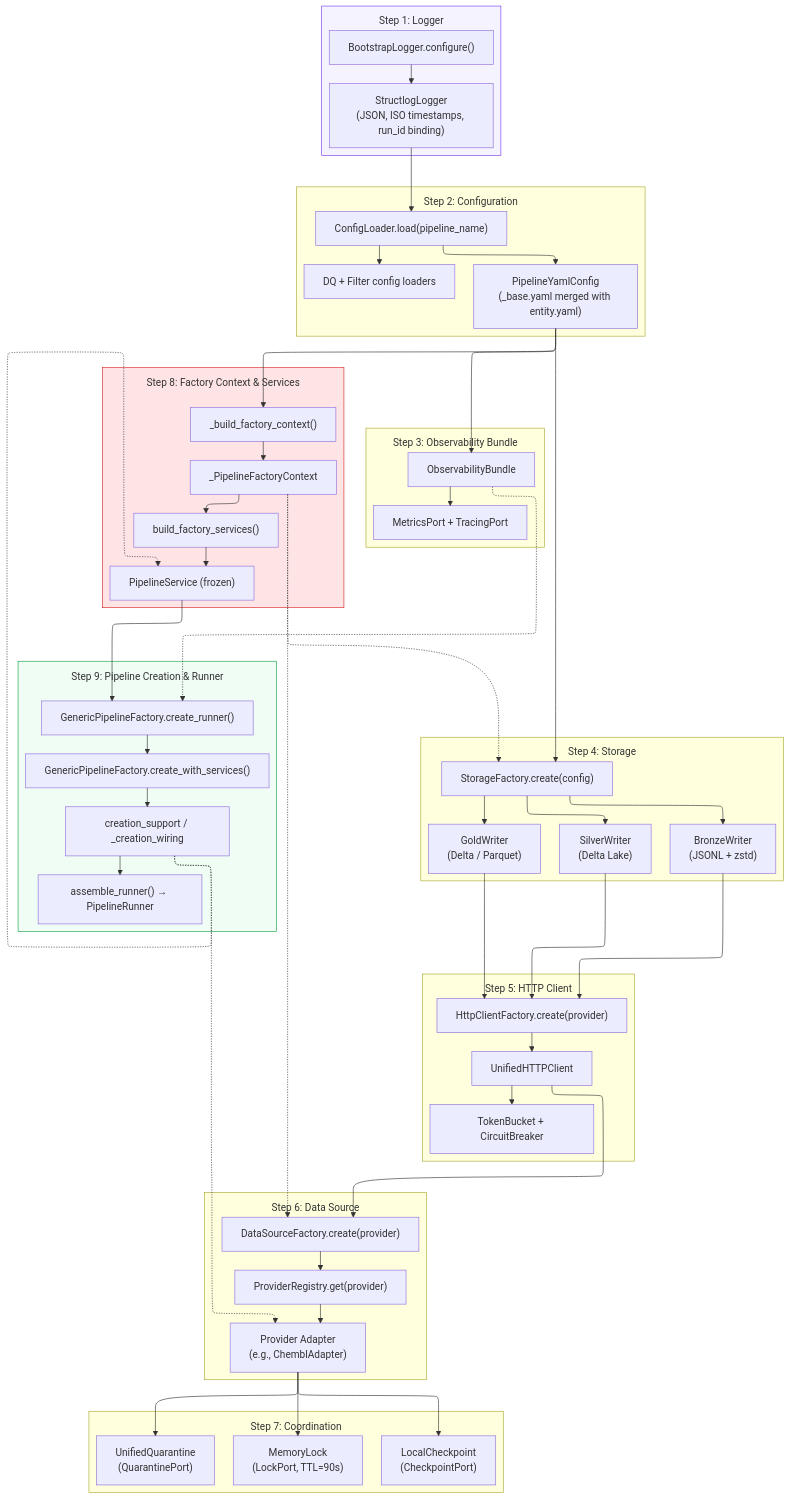
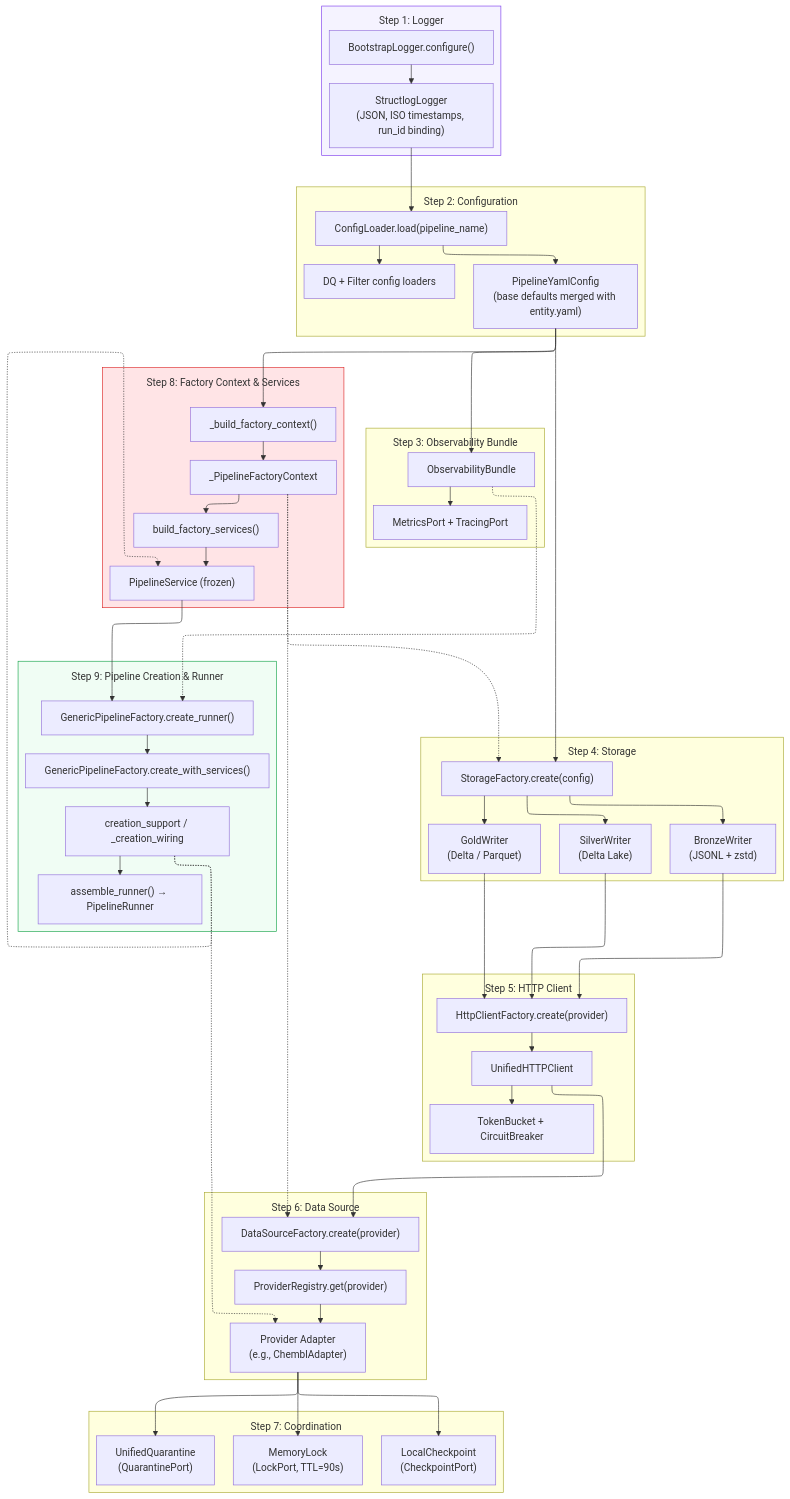
Before and after one commit to SatoryKono/BioactivityDataAcquisition: the diagram in docs/02-architecture/diagrams/foundation/35-bootstrap-sequence.mmd, drawn with Mermaid. The commit also changed 404 other files, not shown here.

```diff
--- a/docs/02-architecture/diagrams/foundation/35-bootstrap-sequence.mmd
+++ b/docs/02-architecture/diagrams/foundation/35-bootstrap-sequence.mmd
@@ -1,112 +1,112 @@
 %% Title: Composition Layer Bootstrap Sequence
 %% Covers: RULES.md §1.1 (Composition Root), composition/bootstrap/runtime/
 %% Rank: 10 (Score 8.44) — Step-by-step system assembly
 %% Updated: 2026-03-24
 %% Decomposed views: views/35-bootstrap-sequence-{overview,domain,infra,dataflow,full}.mermaid
 
 %% @version 1.1.0
 %% @date    2026-03-24
 %% @type    flowchart
 %% @level   Mixed (System / Component / Class)
 %% @nodes   28
 
 %%{init: {
   'flowchart': {
     'subGraphTitleMargin': { 'top': 12, 'bottom': 12 }
   },
   'layout': 'elk',
   'elk': {
     'mergeEdges': true,
     'nodePlacementStrategy': 'BRANDES_KOEPF',
     'edgeRouting': 'ORTHOGONAL'
   }
 }}%%
 flowchart TB
     subgraph Step1["Step 1: Logger"]
         S1A["BootstrapLogger.configure()"]
         S1B["StructlogLogger<br/>(JSON, ISO timestamps, run_id binding)"]
     end
 
     subgraph Step2["Step 2: Configuration"]
         S2A["ConfigLoader.load(pipeline_name)"]
-        S2B["PipelineYamlConfig<br/>(_base.yaml merged with entity.yaml)"]
+        S2B["PipelineYamlConfig<br/>(base defaults merged with entity.yaml)"]
         S2C["DQ + Filter config loaders"]
     end
 
     subgraph Step3["Step 3: Observability Bundle"]
         S3A["ObservabilityBundle"]
         S3B["MetricsPort + TracingPort"]
     end
 
     subgraph Step4["Step 4: Storage"]
         S4A["StorageFactory.create(config)"]
         S4B["BronzeWriter<br/>(JSONL + zstd)"]
         S4C["SilverWriter<br/>(Delta Lake)"]
         S4D["GoldWriter<br/>(Delta / Parquet)"]
     end
 
     subgraph Step5["Step 5: HTTP Client"]
         S5A["HttpClientFactory.create(provider)"]
         S5B["UnifiedHTTPClient"]
         S5C["TokenBucket + CircuitBreaker"]
     end
 
     subgraph Step6["Step 6: Data Source"]
         S6A["DataSourceFactory.create(provider)"]
         S6B["ProviderRegistry.get(provider)"]
         S6C["Provider Adapter<br/>(e.g., ChemblAdapter)"]
     end
 
     subgraph Step7["Step 7: Coordination"]
         S7A["MemoryLock<br/>(LockPort, TTL=90s)"]
         S7B["LocalCheckpoint<br/>(CheckpointPort)"]
         S7C["UnifiedQuarantine<br/>(QuarantinePort)"]
     end
 
     subgraph Step8["Step 8: Factory Context & Services"]
         S8A["_build_factory_context()"]
         S8B["_PipelineFactoryContext"]
         S8C["build_factory_services()"]
         S8D["PipelineService (frozen)"]
     end
 
     subgraph Step9["Step 9: Pipeline Creation & Runner"]
         S9A["GenericPipelineFactory.create_runner()"]
         S9B["GenericPipelineFactory.create_with_services()"]
         S9C["creation_support / _creation_wiring"]
         S9D["assemble_runner() → PipelineRunner"]
     end
 
     %% Flow
     S1A --> S1B
     S1B --> S2A
     S2A --> S2B & S2C
     S2B --> S3A
     S3A --> S3B
     S2B --> S4A
     S4A --> S4B & S4C & S4D
     S4B & S4C & S4D --> S5A
     S5A --> S5B
     S5B --> S5C
     S5B --> S6A
     S6A --> S6B --> S6C
     S6C --> S7A & S7B & S7C
     S2B --> S8A
     S8A --> S8B --> S8C --> S8D
     S8B -.-> S6A
     S8B -.-> S4A
     S3A -.-> S9A
     S8D --> S9A --> S9B --> S9C --> S9D
     S9C -.-> S8D
     S9C -.-> S6C
 
     %% Styling
     style Step1 fill:#f5f3ff,stroke:#7c3aed
     style Step8 fill:#ffe4e6,stroke:#dc2626
     style Step9 fill:#f0fdf4,stroke:#16a34a
 
     classDef port fill:#f5f3ff,stroke:#7c3aed,stroke-width:1px,color:#111827;
     classDef adapter fill:#fff1f2,stroke:#dc2626,stroke-width:1px,color:#111827;
     classDef service fill:#eff6ff,stroke:#2563eb,stroke-width:1px,color:#111827;
     classDef process fill:#f0fdf4,stroke:#16a34a,stroke-width:1px,color:#111827;
     classDef storage fill:#fff7ed,stroke:#f59e0b,stroke-width:1px,color:#111827;
```
